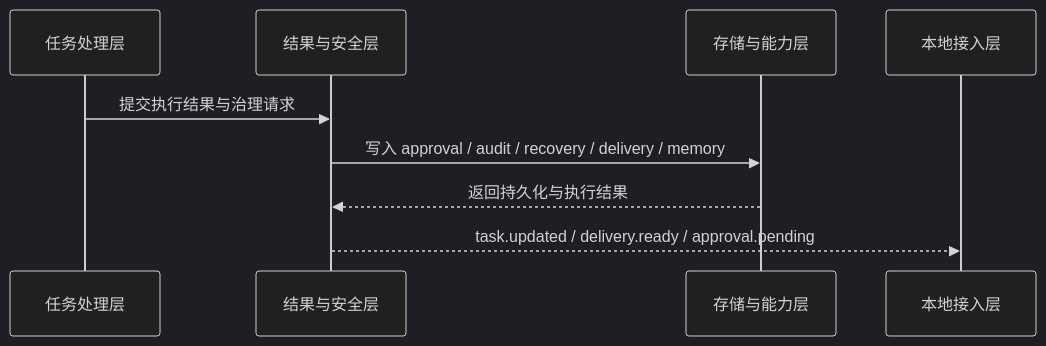
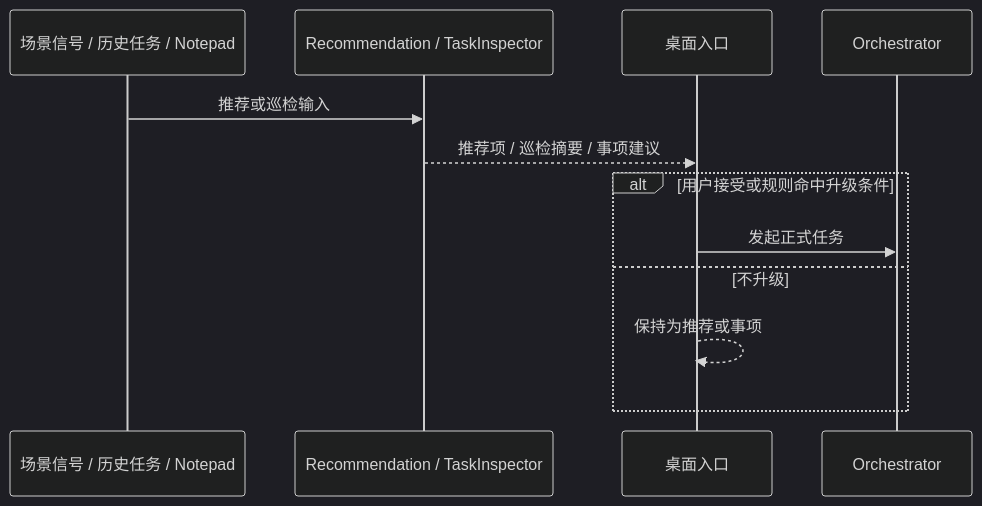
One commit to Blackcloudss/CialloClaw changed the fifth of 5 diagrams in docs/architecture-overview.md. Above: the diagram before and after it, drawn with Mermaid (dark theme). The commit also changed other lines of this file, not shown here.

Commit message:
docs(architecture): replace overview with v7 baseline

````diff
--- a/docs/architecture-overview.md
+++ b/docs/architecture-overview.md
@@ -538,12 +379,15 @@
 ```mermaid
 sequenceDiagram
-    participant TASK as 任务处理层
-    participant SAFE as 结果与安全层
-    participant SUP as 存储与能力层
-    participant ACCESS as 本地接入层
+    participant SRC as 场景信号 / 历史任务 / Notepad
+    participant AUX as Recommendation / TaskInspector
+    participant UI as 桌面入口
+    participant OR as Orchestrator
 
-    TASK->>SAFE: 提交执行结果与治理请求
-    SAFE->>SUP: 写入 approval / audit / recovery / delivery / memory
-    SUP-->>SAFE: 返回持久化与执行结果
-    SAFE-->>ACCESS: task.updated / delivery.ready / approval.pending
+    SRC->>AUX: 推荐或巡检输入
+    AUX-->>UI: 推荐项 / 巡检摘要 / 事项建议
+    alt 用户接受或规则命中升级条件
+        UI->>OR: 发起正式任务
+    else 不升级
+        UI-->>UI: 保持为推荐或事项
+    end
 ```
````
